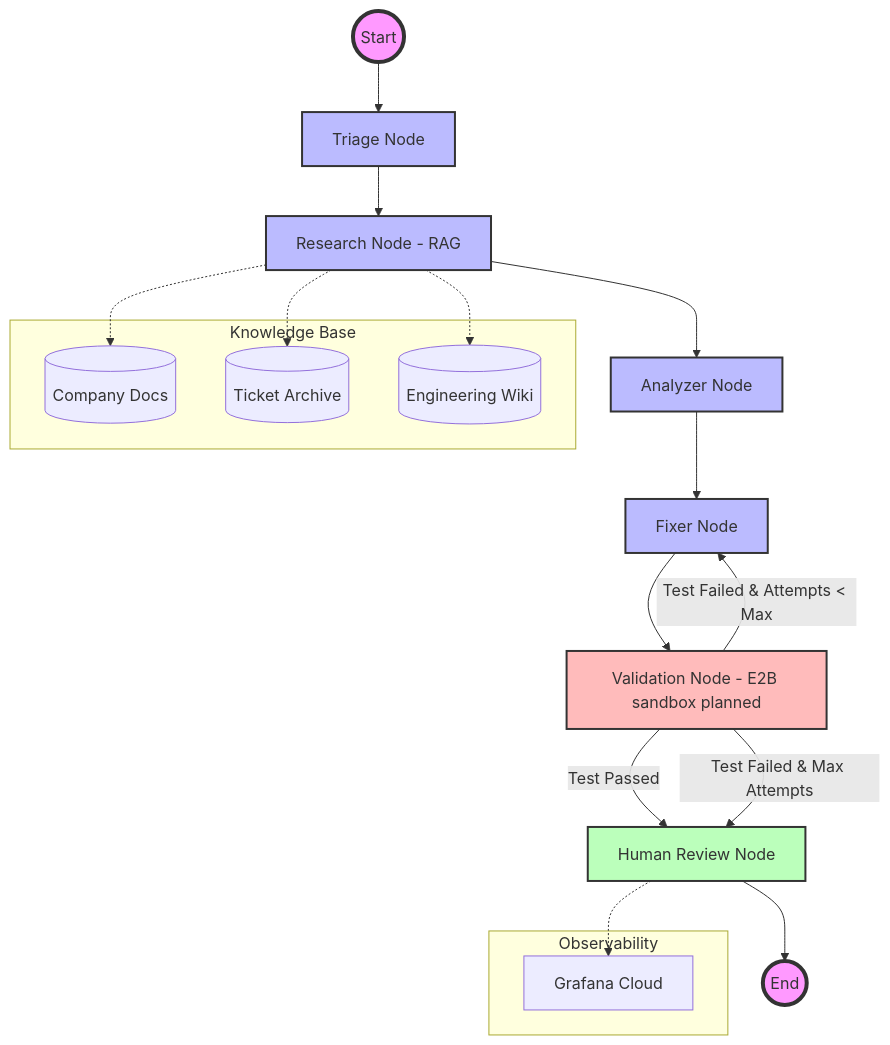
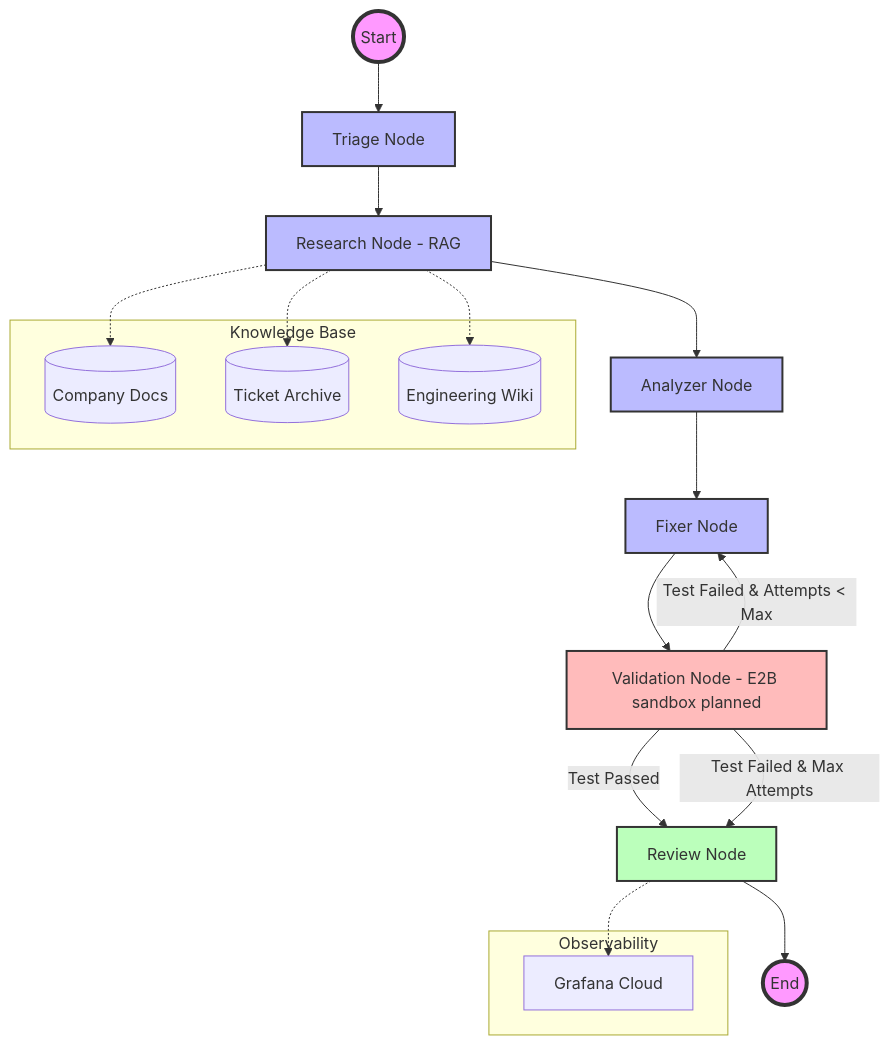
One commit to MuhammadAbbas01/Self_Healing_Customer_support_agent changed the diagram in docs/architecture_v2.mmd. Above: the diagram before and after it, drawn with Mermaid. The commit also changed 4 other files, not shown here.

Commit message:
Redraw architecture diagrams with validation-stage wording; call the final step Review

```diff
--- a/docs/architecture_v2.mmd
+++ b/docs/architecture_v2.mmd
@@ -1,35 +1,35 @@
 graph TD
     START((Start)) --> TRIAGE[Triage Node]
     TRIAGE --> RESEARCH[Research Node - RAG]
     RESEARCH --> ANALYZER[Analyzer Node]
     ANALYZER --> FIXER[Fixer Node]
     FIXER --> SANDBOX[Validation Node - E2B sandbox planned]
-    SANDBOX -- "Test Passed" --> HUMAN_REVIEW[Human Review Node]
+    SANDBOX -- "Test Passed" --> HUMAN_REVIEW[Review Node]
     SANDBOX -- "Test Failed & Attempts < Max" --> FIXER
     SANDBOX -- "Test Failed & Max Attempts" --> HUMAN_REVIEW
     HUMAN_REVIEW --> FINISH((End))
 
     subgraph "Knowledge Base"
         DOCS[(Company Docs)]
         TICKETS[(Ticket Archive)]
         WIKI[(Engineering Wiki)]
     end
 
     RESEARCH -.-> DOCS
     RESEARCH -.-> TICKETS
     RESEARCH -.-> WIKI
 
     subgraph "Observability"
         GRAFANA[Grafana Cloud]
     end
 
     HUMAN_REVIEW -.-> GRAFANA
 
     style START fill:#f9f,stroke:#333,stroke-width:4px
     style FINISH fill:#f9f,stroke:#333,stroke-width:4px
     style TRIAGE fill:#bbf,stroke:#333,stroke-width:2px
     style RESEARCH fill:#bbf,stroke:#333,stroke-width:2px
     style ANALYZER fill:#bbf,stroke:#333,stroke-width:2px
     style FIXER fill:#bbf,stroke:#333,stroke-width:2px
     style SANDBOX fill:#fbb,stroke:#333,stroke-width:2px
     style HUMAN_REVIEW fill:#bfb,stroke:#333,stroke-width:2px
```
